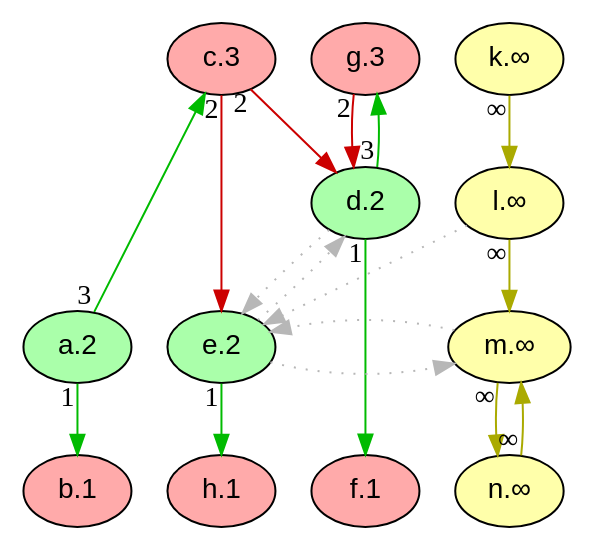
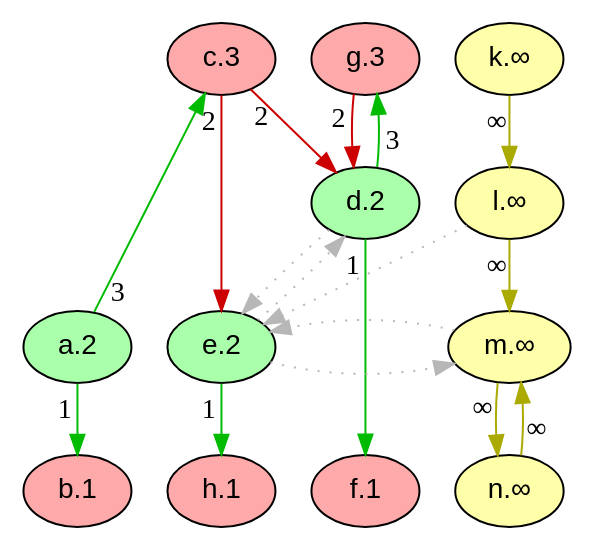
The diagram in lib/graphs/game_graph_colored.dot (idaks/Games-and-Argumentation), drawn with Graphviz before and after one commit. The commit also changed 18 other files, not shown here.

```diff
--- a/lib/graphs/game_graph_colored.dot
+++ b/lib/graphs/game_graph_colored.dot
@@ -1,44 +1,44 @@
 digraph G {
   rankdir="TB"
   node [shape=oval style=filled fontname=Helvetica fontsize=14]
   node [fillcolor="#AAFFAA" fontcolor="#000000"] 
        a[label="a.2"] 
        d[label="d.2"] 
        e[label="e.2"]
   node [fillcolor="#FFAAAA" fontcolor="#000000"] 
        c[label="c.3"] 
        b[label="b.1"] 
        f[label="f.1"] 
        g[label="g.3"] 
        h[label="h.1"]
   node [fillcolor="#FFFFAA" fontcolor="#000000"] 
        k[label="k.∞"] 
        l[label="l.∞"] 
        m[label="m.∞"] 
        n[label="n.∞"]
-  edge [dir=forward color="#00BB00" style="solid" taillabel="3"]
+  edge [dir=forward color="#00BB00" style="solid" taillabel="3" labeldistance=1.5]
         "a" -> "c" 
         "d" -> "g" 
-  edge [dir=forward color="#00BB00" style="solid" taillabel="1"]
+  edge [dir=forward color="#00BB00" style="solid" taillabel="1" labeldistance=1.5]
         "a" -> "b" 
         "d" -> "f" 
         "e" -> "h" 
-  edge [dir=forward color="#AAAA00" style="solid" taillabel="∞"]
+  edge [dir=forward color="#AAAA00" style="solid" taillabel="∞" labeldistance=1.5]
         "k" -> "l" 
         "l" -> "m" 
         "m" -> "n" 
         "n" -> "m" 
-  edge [dir=forward color="#CC0000" style="solid" taillabel="2"]
+  edge [dir=forward color="#CC0000" style="solid" taillabel="2" labeldistance=1.5]
         "c" -> "d" 
         "c" -> "e" 
         "g" -> "d" 
-  edge [dir=forward color="#b7b7b7" style="dotted" constraint=false taillabel=" "]
+  edge [dir=forward color="#b7b7b7" style="dotted" constraint=false taillabel=" " labeldistance=1.5]
         "l" -> "e" 
         "d" -> "e" 
         "e" -> "d" 
         "e" -> "m" 
         "m" -> "e" 
 
   {rank = max b f h}
   {rank = min c g}
 }
```
